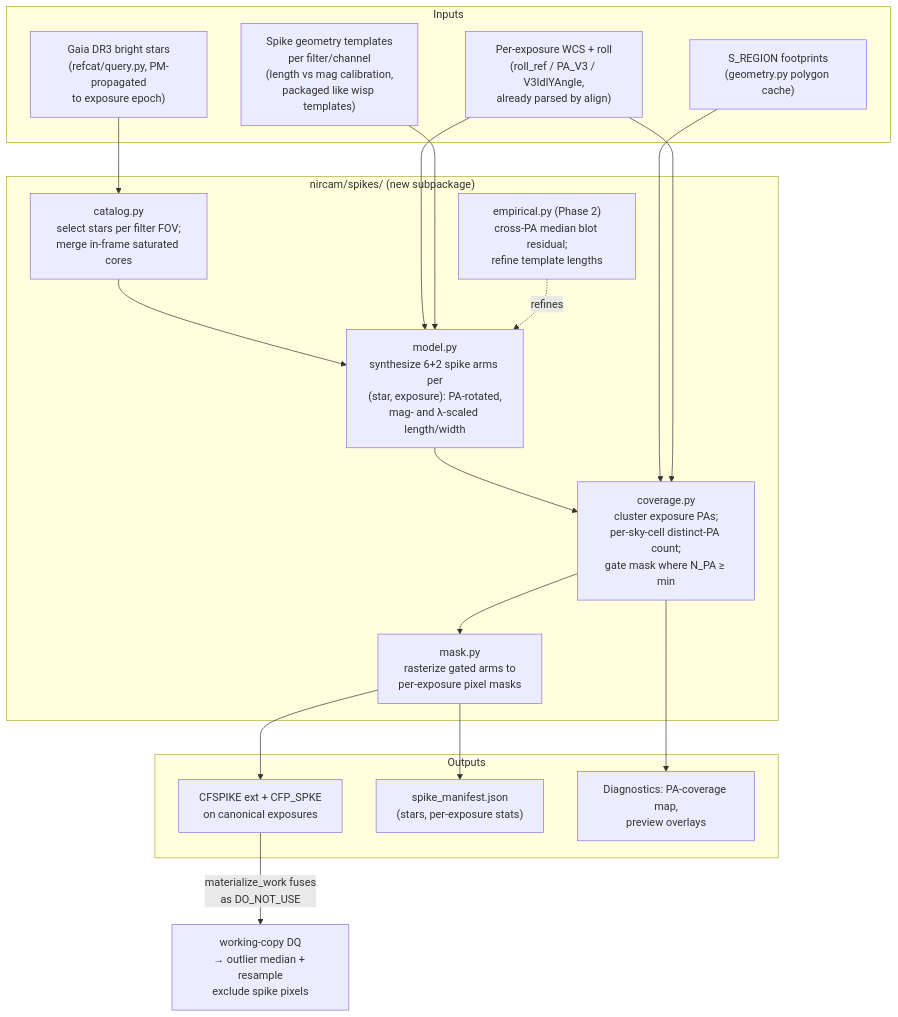
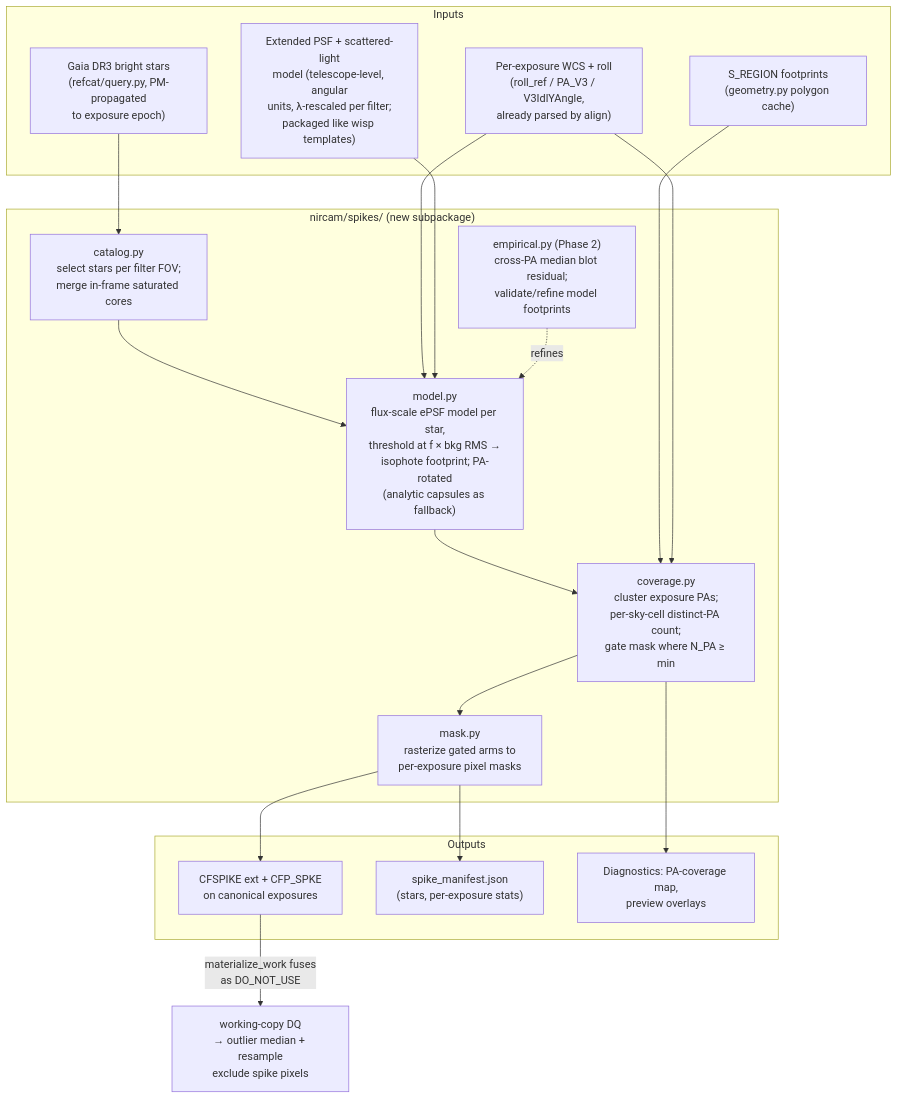
The second of 4 diagrams in docs/design-nircam-spike-masking.md (hollisakins/campfire), drawn with Mermaid before and after one commit. The commit also changed other lines of this file, not shown here.

First line of the commit message:
Spike masking design: adopt extended-PSF isophote footprints as primary model

````diff
--- a/docs/design-nircam-spike-masking.md
+++ b/docs/design-nircam-spike-masking.md
@@ -97,35 +97,35 @@
 ```mermaid
 flowchart TB
     subgraph inputs [Inputs]
         gaia["Gaia DR3 bright stars<br/>(refcat/query.py, PM-propagated<br/>to exposure epoch)"]
         hdrs["Per-exposure WCS + roll<br/>(roll_ref / PA_V3 / V3IdlYAngle,<br/>already parsed by align)"]
         sreg["S_REGION footprints<br/>(geometry.py polygon cache)"]
-        tmpl["Spike geometry templates<br/>per filter/channel<br/>(length vs mag calibration,<br/>packaged like wisp templates)"]
+        tmpl["Extended PSF + scattered-light<br/>model (telescope-level, angular<br/>units, λ-rescaled per filter;<br/>packaged like wisp templates)"]
     end
 
     subgraph spikes ["nircam/spikes/ (new subpackage)"]
         cat["catalog.py<br/>select stars per filter FOV;<br/>merge in-frame saturated cores"]
-        geom["model.py<br/>synthesize 6+2 spike arms per<br/>(star, exposure): PA-rotated,<br/>mag- and λ-scaled length/width"]
+        geom["model.py<br/>flux-scale ePSF model per star,<br/>threshold at f × bkg RMS →<br/>isophote footprint; PA-rotated<br/>(analytic capsules as fallback)"]
         cov["coverage.py<br/>cluster exposure PAs;<br/>per-sky-cell distinct-PA count;<br/>gate mask where N_PA ≥ min"]
         rast["mask.py<br/>rasterize gated arms to<br/>per-exposure pixel masks"]
-        emp["empirical.py (Phase 2)<br/>cross-PA median blot residual;<br/>refine template lengths"]
+        emp["empirical.py (Phase 2)<br/>cross-PA median blot residual;<br/>validate/refine model footprints"]
     end
 
     subgraph outputs [Outputs]
         cfspike["CFSPIKE ext + CFP_SPKE<br/>on canonical exposures"]
         man["spike_manifest.json<br/>(stars, per-exposure stats)"]
         diag2["Diagnostics: PA-coverage map,<br/>preview overlays"]
     end
 
     gaia --> cat --> geom
     hdrs --> geom
     tmpl --> geom
     geom --> cov
     sreg --> cov
     hdrs --> cov
     cov --> rast --> cfspike
     rast --> man
     cov --> diag2
     emp -.refines.-> geom
     cfspike -->|"materialize_work fuses<br/>as DO_NOT_USE"| dq["working-copy DQ<br/>→ outlier median + resample<br/>exclude spike pixels"]
 ```
````
